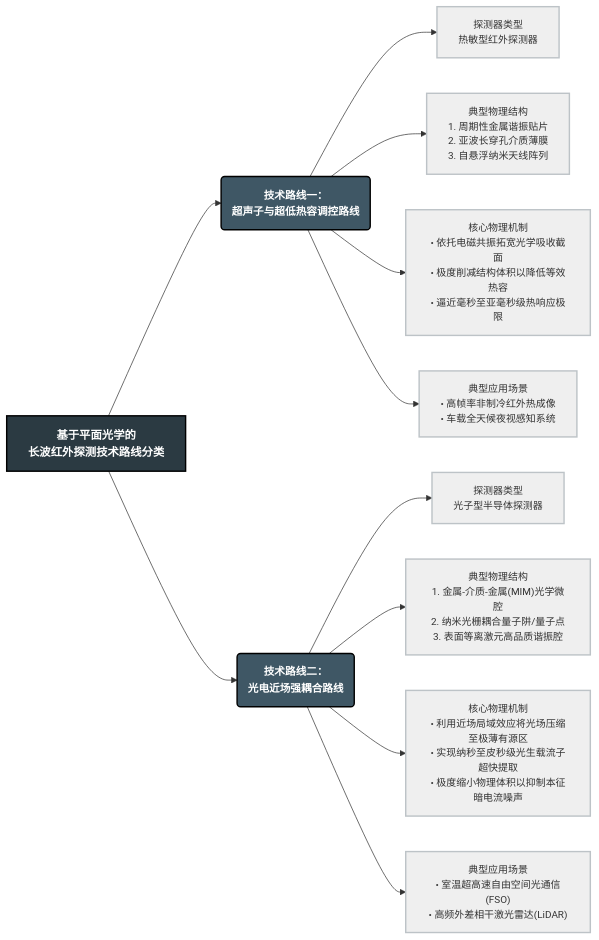
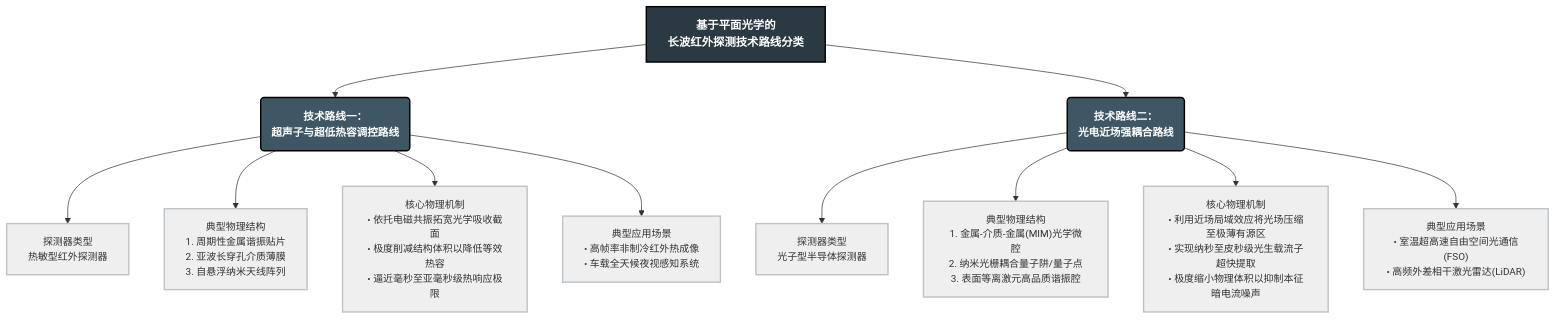
One commit to tranquil-tem/iodraw-files changed the diagram in all/未命名.md. Above: the diagram before and after it, drawn with Mermaid.

Commit message:
2026-02-25 00:23:56 update

````diff
--- a/all/未命名.md
+++ b/all/未命名.md
@@ -1,41 +1,41 @@
 ```mermaid
-graph LR
+graph TD
     Root["基于平面光学的<br>长波红外探测技术路线分类"] 
 
     %% 第一条路线分支
     Route1("技术路线一：<br>超声子与超低热容调控路线")
     Root --> Route1
     
     R1_Target["探测器类型<br>热敏型红外探测器"]
     R1_Structure["典型物理结构<br>1. 周期性金属谐振贴片<br>2. 亚波长穿孔介质薄膜<br>3. 自悬浮纳米天线阵列"]
     R1_Core["核心物理机制<br>• 依托电磁共振拓宽光学吸收截面<br>• 极度削减结构体积以降低等效热容<br>• 逼近毫秒至亚毫秒级热响应极限"]
     R1_App["典型应用场景<br>• 高帧率非制冷红外热成像<br>• 车载全天候夜视感知系统"]
 
     Route1 --> R1_Target
     Route1 --> R1_Structure
     Route1 --> R1_Core
     Route1 --> R1_App
 
     %% 第二条路线分支
     Route2("技术路线二：<br>光电近场强耦合路线")
     Root --> Route2
     
     R2_Target["探测器类型<br>光子型半导体探测器"]
     R2_Structure["典型物理结构<br>1. 金属-介质-金属(MIM)光学微腔<br>2. 纳米光栅耦合量子阱/量子点<br>3. 表面等离激元高品质谐振腔"]
     R2_Core["核心物理机制<br>• 利用近场局域效应将光场压缩至极薄有源区<br>• 实现纳秒至皮秒级光生载流子超快提取<br>• 极度缩小物理体积以抑制本征暗电流噪声"]
     R2_App["典型应用场景<br>• 室温超高速自由空间光通信(FSO)<br>• 高频外差相干激光雷达(LiDAR)"]
 
     Route2 --> R2_Target
     Route2 --> R2_Structure
     Route2 --> R2_Core
     Route2 --> R2_App
 
     %% 样式美化设置
     classDef rootNode fill:#2B3A42,stroke:#000,stroke-width:2px,color:#fff,font-weight:bold,font-size:16px;
     classDef routeNode fill:#3F5765,stroke:#000,stroke-width:2px,color:#fff,font-weight:bold,font-size:15px;
     classDef leafNode fill:#EFEFEF,stroke:#BDC3C7,stroke-width:2px,color:#333,font-size:14px;
 
     class Root rootNode;
     class Route1,Route2 routeNode;
     class R1_Target,R1_Structure,R1_Core,R1_App,R2_Target,R2_Structure,R2_Core,R2_App leafNode;
 ```
````
